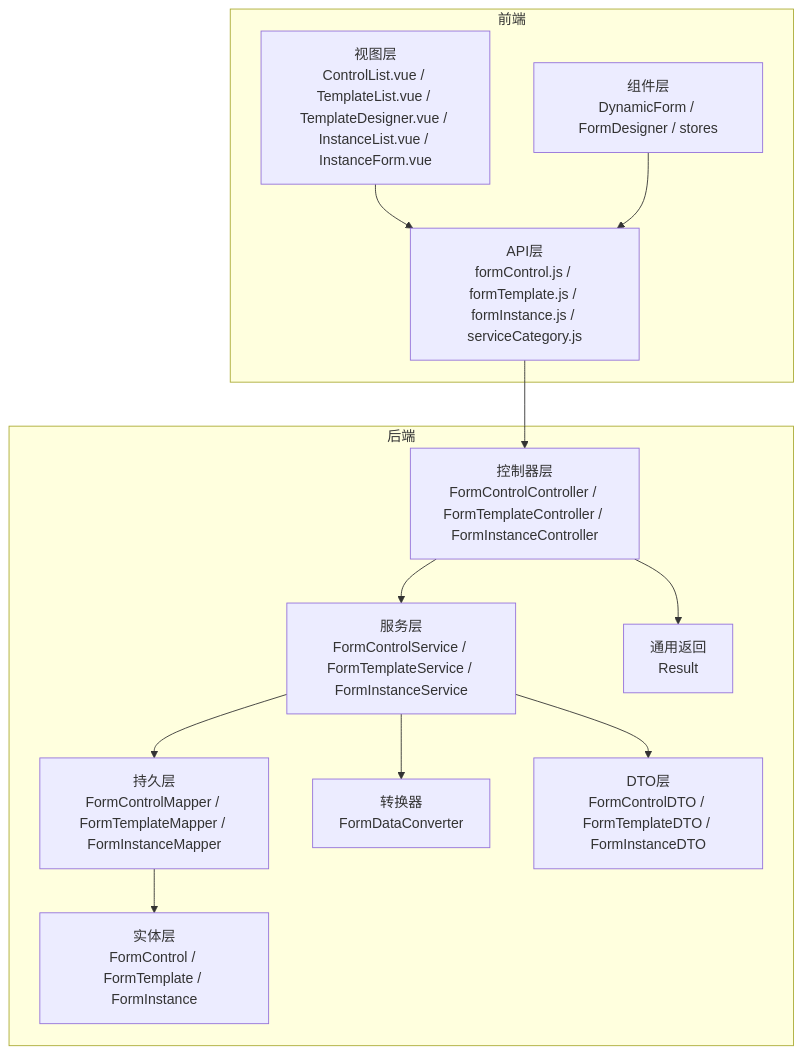
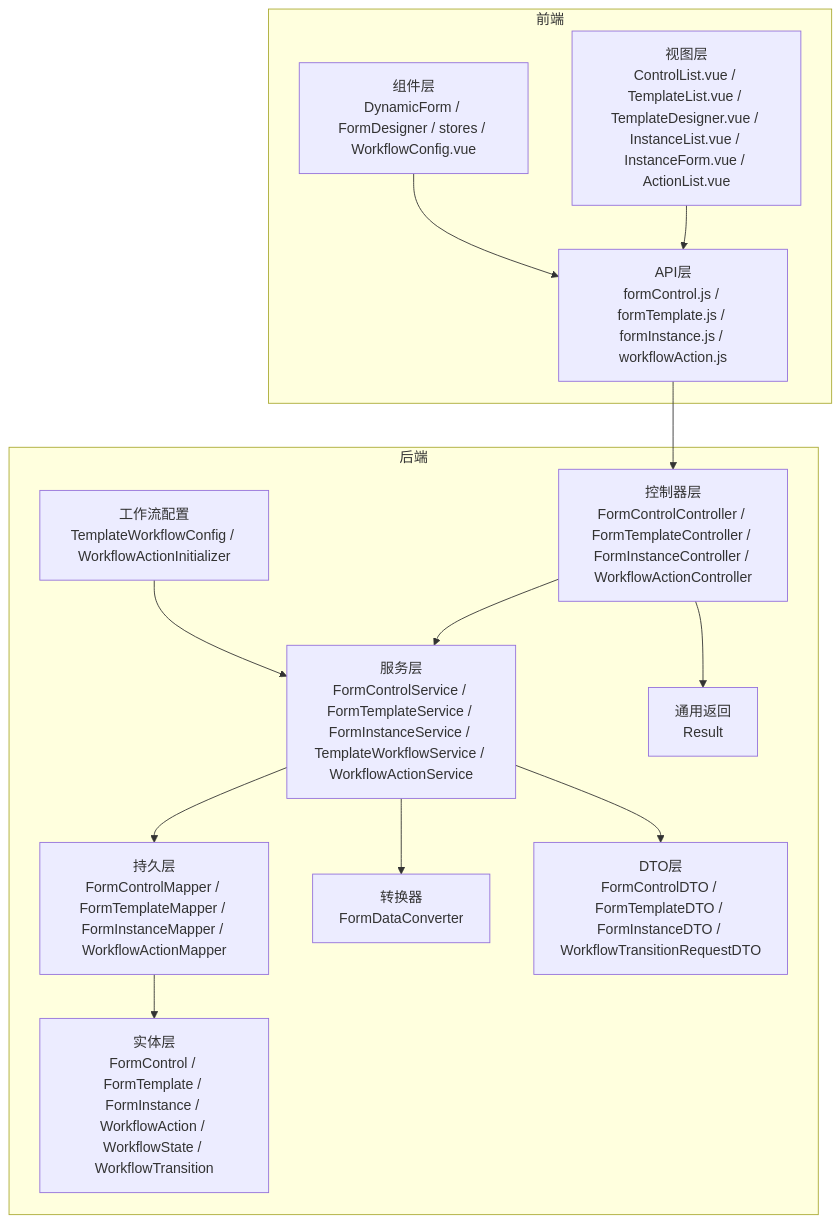
Before and after one commit to NJMrLi/genetics: the first of 12 diagrams in .qoder/repowiki/zh/content/核心业务逻辑/核心业务逻辑.md, drawn with Mermaid. The commit also changed other lines of this file and 21 other files, not shown here.

````diff
--- a/.qoder/repowiki/zh/content/核心业务逻辑/核心业务逻辑.md
+++ b/.qoder/repowiki/zh/content/核心业务逻辑/核心业务逻辑.md
@@ -33,26 +62,28 @@
 ```mermaid
 graph TB
 subgraph "后端"
-A["控制器层<br/>FormControlController / FormTemplateController / FormInstanceController"]
-B["服务层<br/>FormControlService / FormTemplateService / FormInstanceService"]
-C["持久层<br/>FormControlMapper / FormTemplateMapper / FormInstanceMapper"]
-D["实体层<br/>FormControl / FormTemplate / FormInstance"]
+A["控制器层<br/>FormControlController / FormTemplateController / FormInstanceController / WorkflowActionController"]
+B["服务层<br/>FormControlService / FormTemplateService / FormInstanceService / TemplateWorkflowService / WorkflowActionService"]
+C["持久层<br/>FormControlMapper / FormTemplateMapper / FormInstanceMapper / WorkflowActionMapper"]
+D["实体层<br/>FormControl / FormTemplate / FormInstance / WorkflowAction / WorkflowState / WorkflowTransition"]
 E["转换器<br/>FormDataConverter"]
-F["DTO层<br/>FormControlDTO / FormTemplateDTO / FormInstanceDTO"]
+F["DTO层<br/>FormControlDTO / FormTemplateDTO / FormInstanceDTO / WorkflowTransitionRequestDTO"]
 G["通用返回<br/>Result"]
+H["工作流配置<br/>TemplateWorkflowConfig / WorkflowActionInitializer"]
 end
 subgraph "前端"
-H["API层<br/>formControl.js / formTemplate.js / formInstance.js / serviceCategory.js"]
-I["视图层<br/>ControlList.vue / TemplateList.vue / TemplateDesigner.vue / InstanceList.vue / InstanceForm.vue"]
-J["组件层<br/>DynamicForm / FormDesigner / stores"]
+I["API层<br/>formControl.js / formTemplate.js / formInstance.js / workflowAction.js"]
+J["视图层<br/>ControlList.vue / TemplateList.vue / TemplateDesigner.vue / InstanceList.vue / InstanceForm.vue / ActionList.vue"]
+K["组件层<br/>DynamicForm / FormDesigner / stores / WorkflowConfig.vue"]
 end
 A --> B
 B --> C
 C --> D
 B --> E
 B --> F
 A --> G
-H --> A
-I --> H
-J --> H
+I --> A
+J --> I
+K --> I
+H --> B
 ```
````
